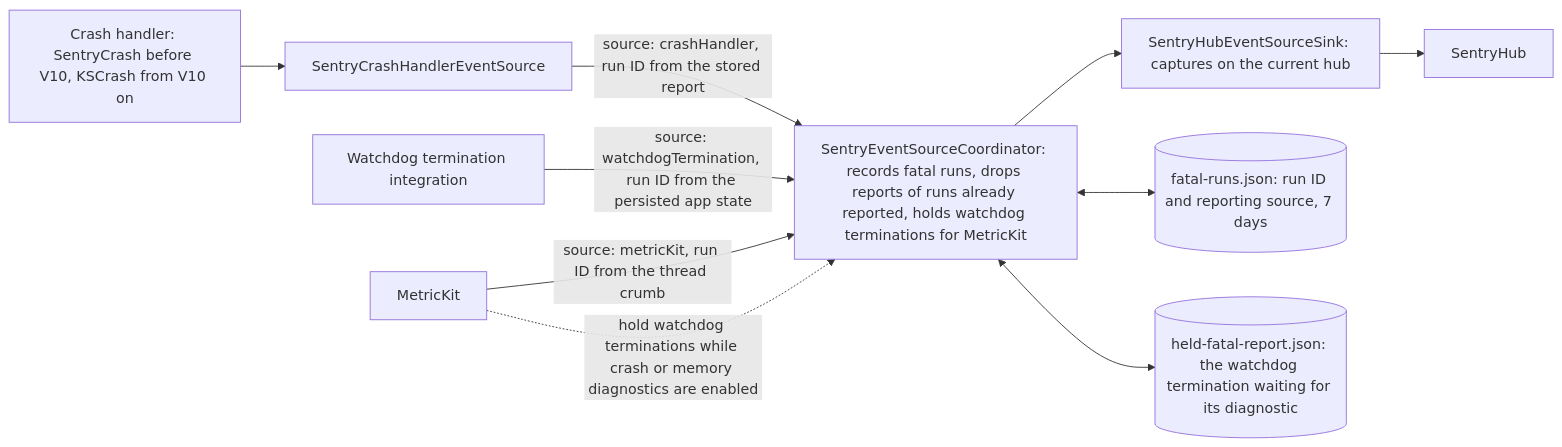
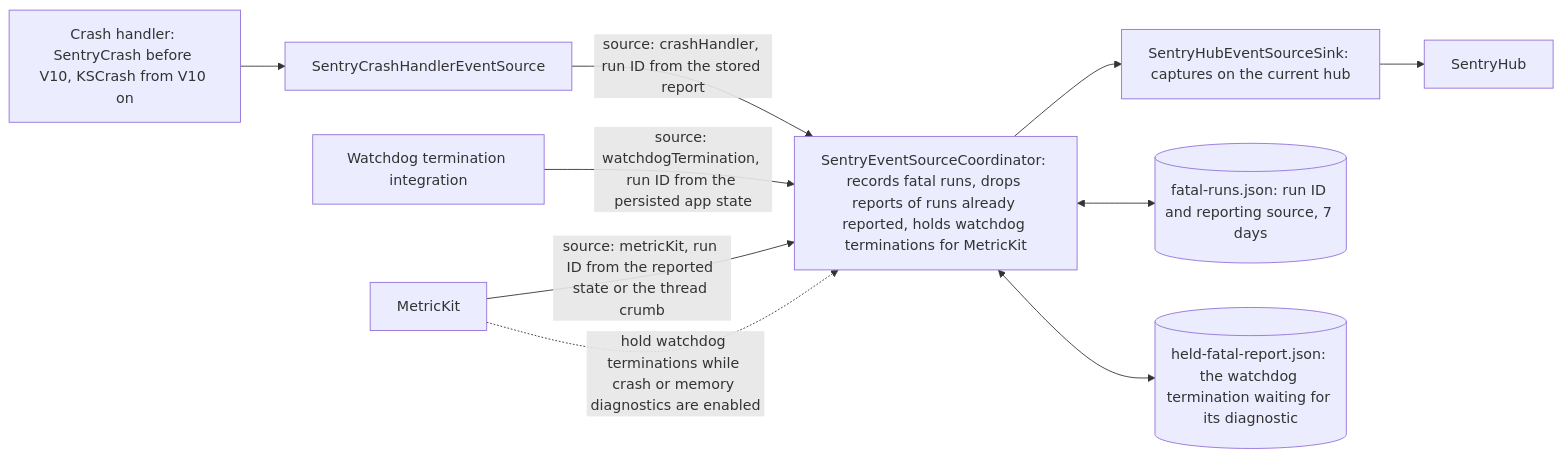
One commit to getsentry/sentry-cocoa changed the second of 2 diagrams in develop-docs/ARCHITECTURE.md. Above: the diagram before and after it, drawn with Mermaid. The commit also changed other lines of this file and 9 other files, not shown here.

First line of the commit message:
feat: Read the run ID from MetricKit states

````diff
--- a/develop-docs/ARCHITECTURE.md
+++ b/develop-docs/ARCHITECTURE.md
@@ -71,12 +71,12 @@
 ```mermaid
 flowchart LR
     Crash["Crash handler: SentryCrash before V10, KSCrash from V10 on"] --> CrashSource["SentryCrashHandlerEventSource"]
     CrashSource -- "source: crashHandler, run ID from the stored report" --> Coordinator
     Watchdog["Watchdog termination integration"] -- "source: watchdogTermination, run ID from the persisted app state" --> Coordinator
-    MetricKit["MetricKit"] -- "source: metricKit, run ID from the thread crumb" --> Coordinator
+    MetricKit["MetricKit"] -- "source: metricKit, run ID from the reported state or the thread crumb" --> Coordinator
     Coordinator["SentryEventSourceCoordinator: records fatal runs, drops reports of runs already reported, holds watchdog terminations for MetricKit"] --> HubSink["SentryHubEventSourceSink: captures on the current hub"]
     Coordinator <--> FatalRuns[("fatal-runs.json: run ID and reporting source, 7 days")]
     Coordinator <--> Held[("held-fatal-report.json: the watchdog termination waiting for its diagnostic")]
     MetricKit -. "hold watchdog terminations while crash or memory diagnostics are enabled" .-> Coordinator
     HubSink --> Hub["SentryHub"]
 ```
````
